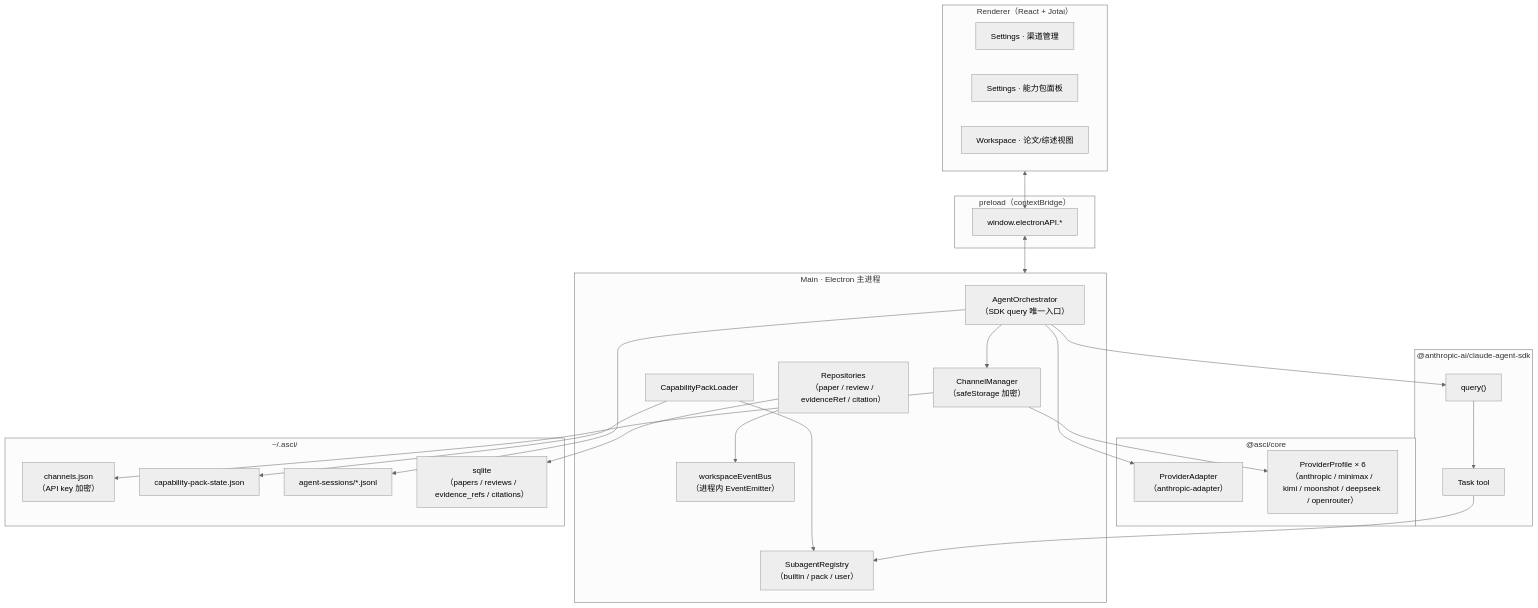
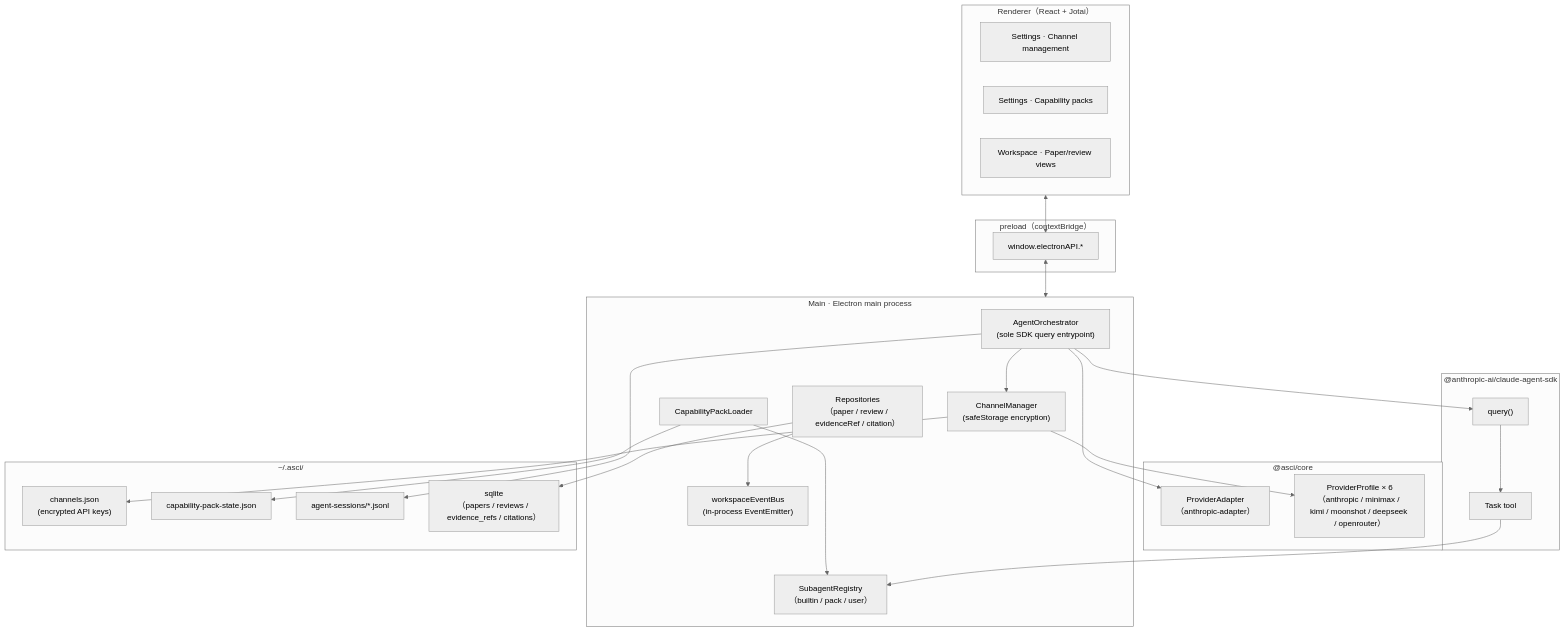
Before and after one commit to SimmonJ-WYJ/tinker: the first of 7 diagrams in docs/milestones/0.2/2026-05-26-architecture-overview.md, drawn with Mermaid (neutral theme). The commit also changed other lines of this file and 216 other files, not shown here.

````diff
--- a/docs/milestones/0.2/2026-05-26-architecture-overview.md
+++ b/docs/milestones/0.2/2026-05-26-architecture-overview.md
@@ -13,52 +17,52 @@
 ```mermaid
 flowchart TB
   subgraph UI["Renderer（React + Jotai）"]
-    ChannelSettings["Settings · 渠道管理"]
-    PackPanel["Settings · 能力包面板"]
-    Workspace["Workspace · 论文/综述视图"]
+    ChannelSettings["Settings · Channel management"]
+    PackPanel["Settings · Capability packs"]
+    Workspace["Workspace · Paper/review views"]
   end
 
   subgraph Preload["preload（contextBridge）"]
     Bridge["window.electronAPI.*"]
   end
 
-  subgraph Main["Main · Electron 主进程"]
-    Orchestrator["AgentOrchestrator<br/>（SDK query 唯一入口）"]
+  subgraph Main["Main · Electron main process"]
+    Orchestrator["AgentOrchestrator<br/>(sole SDK query entrypoint)"]
     Registry["SubagentRegistry<br/>（builtin / pack / user）"]
     Loader["CapabilityPackLoader"]
-    ChannelMgr["ChannelManager<br/>（safeStorage 加密）"]
-    Bus["workspaceEventBus<br/>（进程内 EventEmitter）"]
+    ChannelMgr["ChannelManager<br/>(safeStorage encryption)"]
+    Bus["workspaceEventBus<br/>(in-process EventEmitter)"]
     Repos["Repositories<br/>（paper / review / evidenceRef / citation）"]
   end
 
   subgraph Core["@asci/core"]
     Adapter["ProviderAdapter<br/>（anthropic-adapter）"]
     Profiles["ProviderProfile × 6<br/>（anthropic / minimax / kimi / moonshot / deepseek / openrouter）"]
   end
 
   subgraph SDK["@anthropic-ai/claude-agent-sdk"]
     Query["query()"]
     Task["Task tool"]
   end
 
   subgraph Storage["~/.asci/"]
-    Channels["channels.json<br/>（API key 加密）"]
+    Channels["channels.json<br/>(encrypted API keys)"]
     PackState["capability-pack-state.json"]
     Sessions["agent-sessions/*.jsonl"]
     DB["sqlite<br/>（papers / reviews / evidence_refs / citations）"]
   end
 
   UI <--> Bridge <--> Main
   Orchestrator --> Query
   Query --> Task
   Task --> Registry
   Loader --> Registry
   Orchestrator --> ChannelMgr
   ChannelMgr --> Profiles
   Orchestrator --> Adapter
   Repos --> Bus
   Repos --> DB
   ChannelMgr --> Channels
   Loader --> PackState
   Orchestrator --> Sessions
 ```
````
